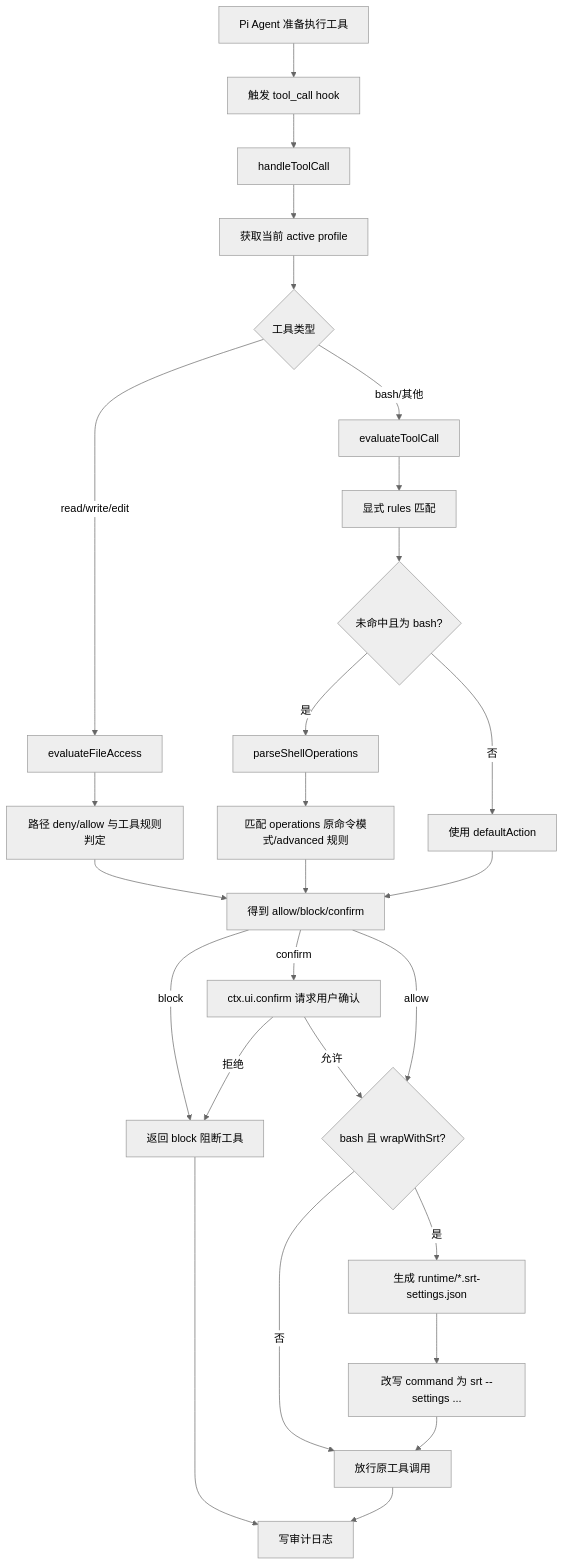
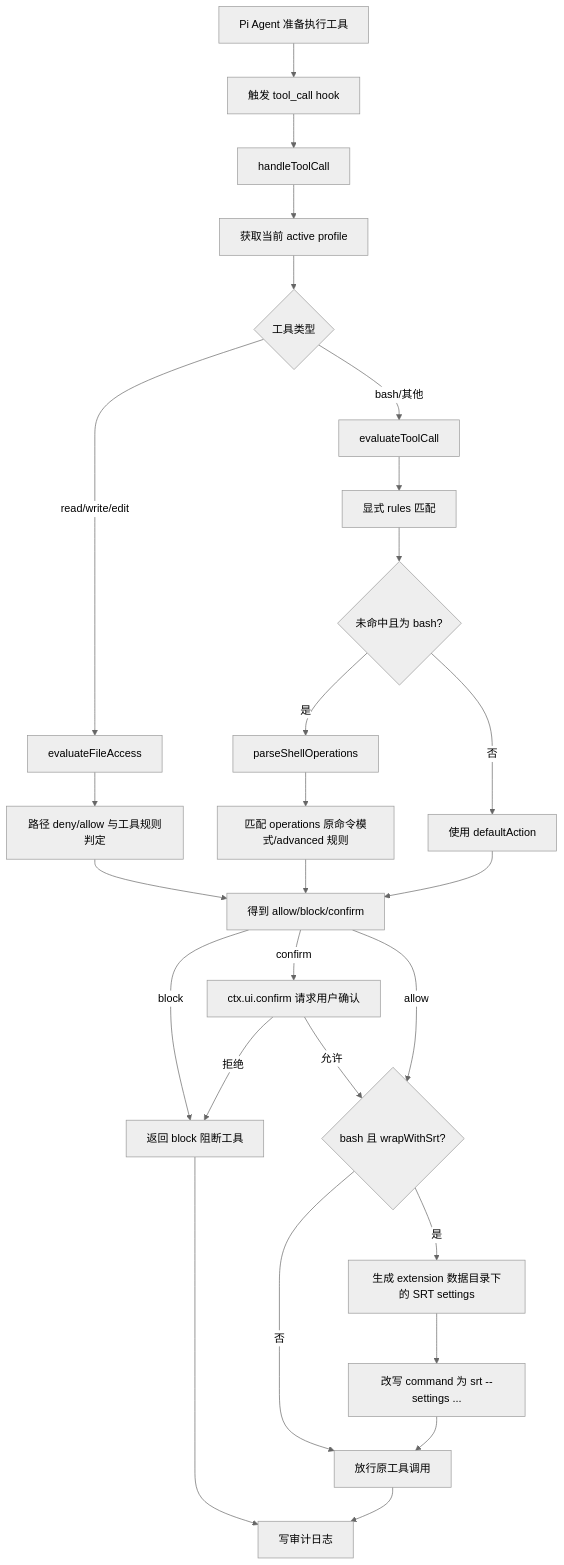
The second of 3 diagrams in doc/PiPerm实现文档.md (DCRcoder/pi-perm), drawn with Mermaid (neutral theme) before and after one commit. The commit also changed other lines of this file and 17 other files, not shown here.

````diff
--- a/doc/PiPerm实现文档.md
+++ b/doc/PiPerm实现文档.md
@@ -109,29 +109,29 @@
 ```mermaid
 flowchart TD
   A[Pi Agent 准备执行工具] --> B[触发 tool_call hook]
   B --> C[handleToolCall]
   C --> D[获取当前 active profile]
   D --> E{工具类型}
   E -->|read/write/edit| F[evaluateFileAccess]
   E -->|bash/其他| G[evaluateToolCall]
   F --> H[路径 deny/allow 与工具规则判定]
   G --> I[显式 rules 匹配]
   I --> J{未命中且为 bash?}
   J -->|是| K[parseShellOperations]
   K --> L[匹配 operations 原命令模式/advanced 规则]
   J -->|否| M[使用 defaultAction]
   H --> N[得到 allow/block/confirm]
   L --> N
   M --> N
   N -->|block| O[返回 block 阻断工具]
   N -->|confirm| P[ctx.ui.confirm 请求用户确认]
   P -->|拒绝| O
   P -->|允许| Q{bash 且 wrapWithSrt?}
   N -->|allow| Q
-  Q -->|是| R[生成 runtime/*.srt-settings.json]
+  Q -->|是| R[生成 extension 数据目录下的 SRT settings]
   R --> S[改写 command 为 srt --settings ...]
   Q -->|否| T[放行原工具调用]
   S --> T
   O --> U[写审计日志]
   T --> U
 ```
````
